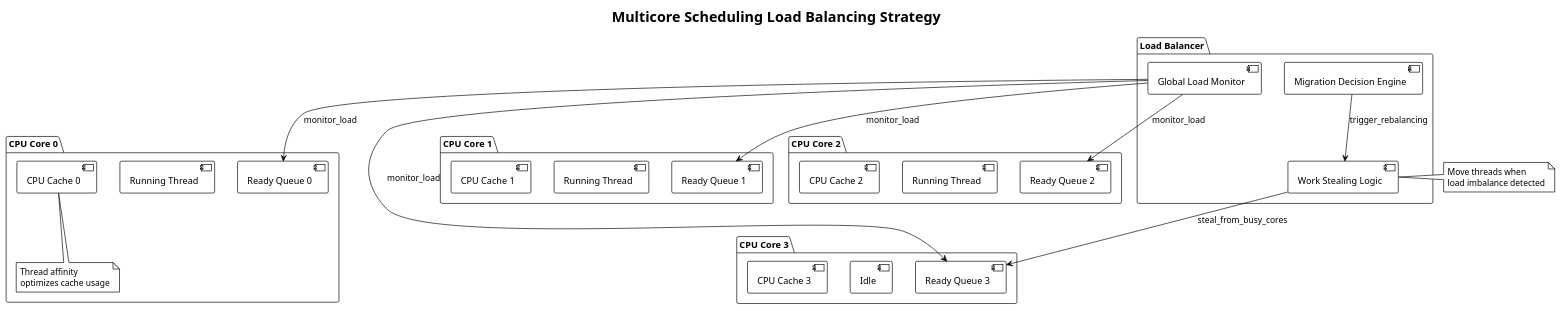
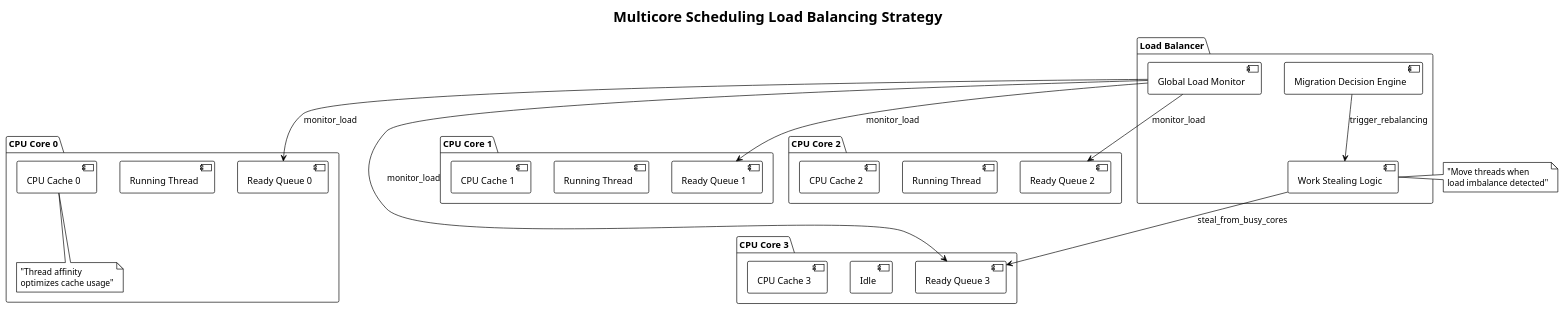
The sixth of 8 diagrams in Ch-5-Thread-Management/Thread-Scheduling.md (mohitmishra786/myJourneyOfBuildingOS), drawn with PlantUML before and after one commit. The commit also changed other lines of this file and 3 other files, not shown here.

````diff
--- a/Ch-5-Thread-Management/Thread-Scheduling.md
+++ b/Ch-5-Thread-Management/Thread-Scheduling.md
@@ -314,48 +314,48 @@
 ```plantuml
 @startuml
 !theme plain
-title Multicore Scheduling Load Balancing Strategy
+title "Multicore Scheduling Load Balancing Strategy"
 
 package "CPU Core 0" {
-  [Ready Queue 0] as rq0
-  [Running Thread] as rt0
-  [CPU Cache 0] as cache0
+  component [Ready Queue 0] as rq0
+  component [Running Thread] as rt0
+  component [CPU Cache 0] as cache0
   
-  note bottom of cache0 : Thread affinity\noptimizes cache usage
+  note bottom of cache0 : "Thread affinity\noptimizes cache usage"
 }
 
 package "CPU Core 1" {
-  [Ready Queue 1] as rq1
-  [Running Thread] as rt1
-  [CPU Cache 1] as cache1
+  component [Ready Queue 1] as rq1
+  component [Running Thread] as rt1
+  component [CPU Cache 1] as cache1
 }
 
 package "CPU Core 2" {
-  [Ready Queue 2] as rq2
-  [Running Thread] as rt2
-  [CPU Cache 2] as cache2
+  component [Ready Queue 2] as rq2
+  component [Running Thread] as rt2
+  component [CPU Cache 2] as cache2
 }
 
 package "CPU Core 3" {
-  [Ready Queue 3] as rq3
-  [Idle] as idle
-  [CPU Cache 3] as cache3
+  component [Ready Queue 3] as rq3
+  component [Idle] as idle
+  component [CPU Cache 3] as cache3
 }
 
 package "Load Balancer" {
-  [Global Load Monitor] as monitor
-  [Migration Decision Engine] as migrate
-  [Work Stealing Logic] as steal
+  component [Global Load Monitor] as monitor
+  component [Migration Decision Engine] as migrate
+  component [Work Stealing Logic] as steal
 }
 
-monitor --> rq0 : monitor_load
-monitor --> rq1 : monitor_load
-monitor --> rq2 : monitor_load  
-monitor --> rq3 : monitor_load
+monitor --> rq0 : "monitor_load"
+monitor --> rq1 : "monitor_load"
+monitor --> rq2 : "monitor_load"
+monitor --> rq3 : "monitor_load"
 
-migrate --> steal : trigger_rebalancing
-steal --> rq3 : steal_from_busy_cores
+migrate --> steal : "trigger_rebalancing"
+steal --> rq3 : "steal_from_busy_cores"
 
-note right of steal : Move threads when\nload imbalance detected
+note right of steal : "Move threads when\nload imbalance detected"
 @enduml
 ```
````
